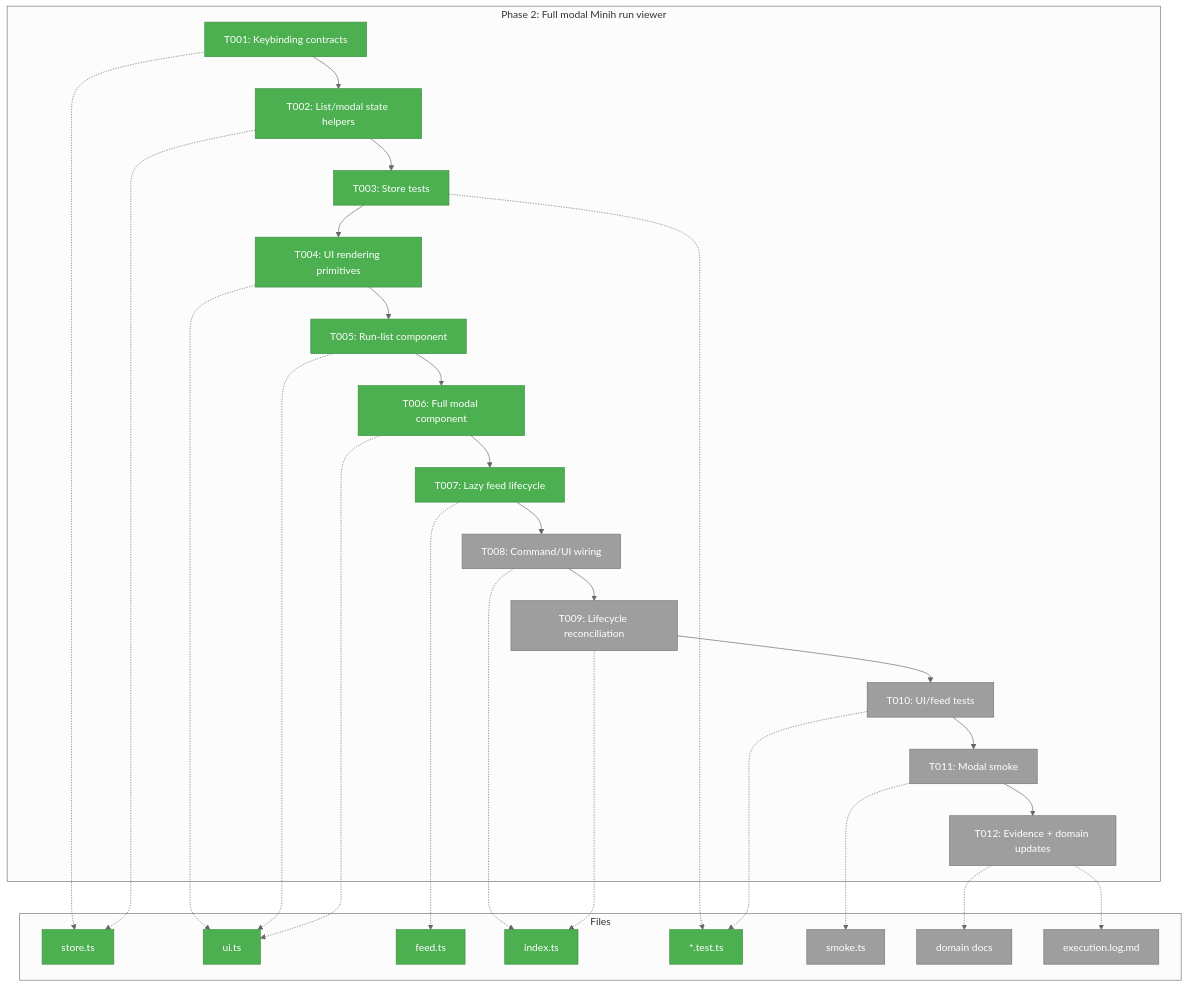
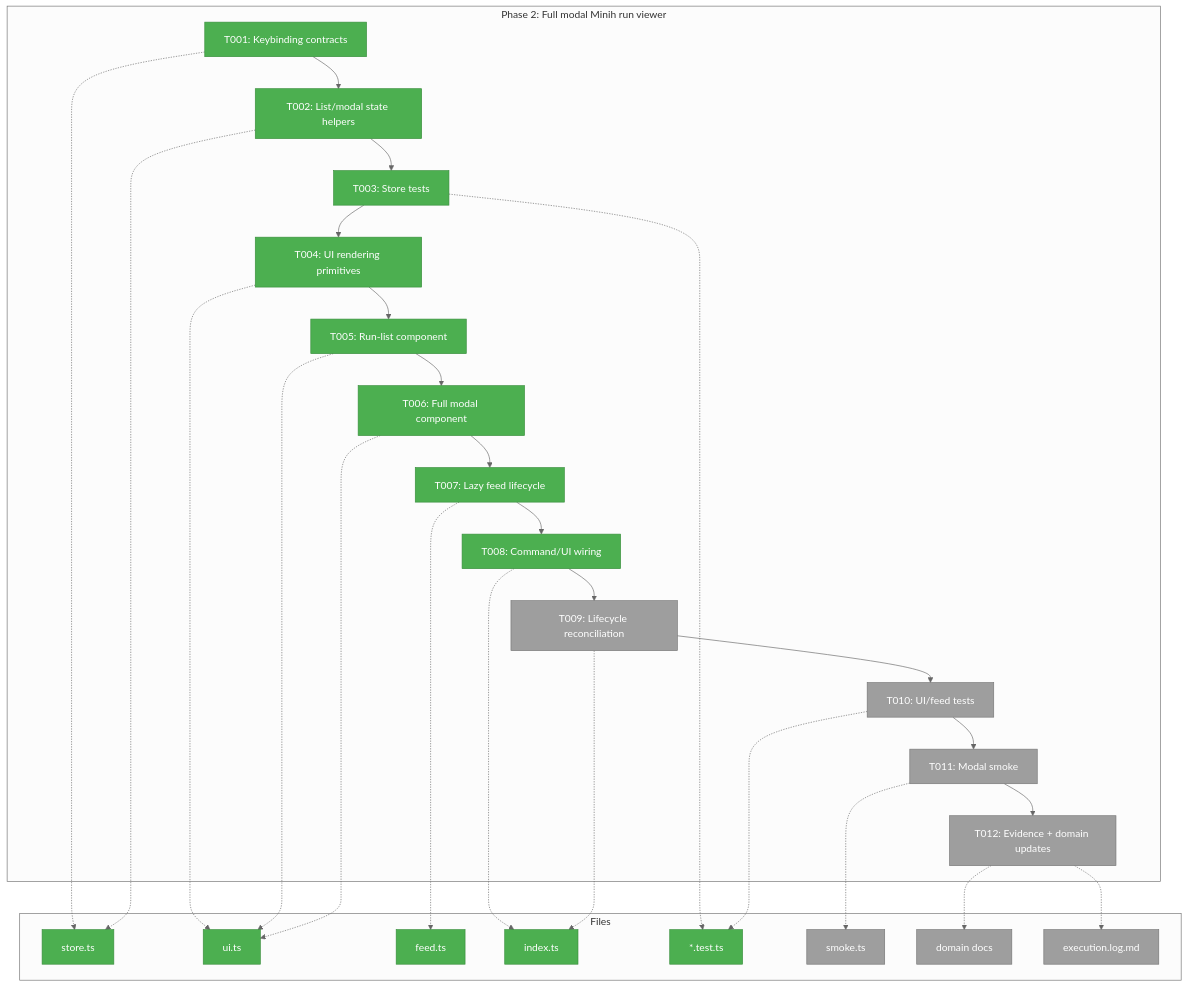
One commit to vaughanknight/pij changed the first of 3 diagrams in docs/plans/007-options-for-pi-extensions-that-do-subagents/tasks/phase-2-full-modal-minih-run-viewer/tasks.md. Above: the diagram before and after it, drawn with Mermaid (neutral theme). The commit also changed other lines of this file and 4 other files, not shown here.

````diff
--- a/docs/plans/007-options-for-pi-extensions-that-do-subagents/tasks/phase-2-full-modal-minih-run-viewer/tasks.md
+++ b/docs/plans/007-options-for-pi-extensions-that-do-subagents/tasks/phase-2-full-modal-minih-run-viewer/tasks.md
@@ -135,47 +135,47 @@
 ```mermaid
 flowchart TD
     classDef pending fill:#9E9E9E,stroke:#757575,color:#fff
     classDef inprogress fill:#FFC107,stroke:#FFA000,color:#000
     classDef completed fill:#4CAF50,stroke:#388E3C,color:#fff
 
     subgraph Phase["Phase 2: Full modal Minih run viewer"]
         T001["T001: Keybinding contracts"]:::completed
         T002["T002: List/modal state helpers"]:::completed
         T003["T003: Store tests"]:::completed
         T004["T004: UI rendering primitives"]:::completed
         T005["T005: Run-list component"]:::completed
         T006["T006: Full modal component"]:::completed
         T007["T007: Lazy feed lifecycle"]:::completed
-        T008["T008: Command/UI wiring"]:::pending
+        T008["T008: Command/UI wiring"]:::completed
         T009["T009: Lifecycle reconciliation"]:::pending
         T010["T010: UI/feed tests"]:::pending
         T011["T011: Modal smoke"]:::pending
         T012["T012: Evidence + domain updates"]:::pending
         T001 --> T002 --> T003 --> T004 --> T005 --> T006 --> T007 --> T008 --> T009 --> T010 --> T011 --> T012
     end
 
     subgraph Files["Files"]
         F1["store.ts"]:::completed
         F2["ui.ts"]:::completed
         F3["feed.ts"]:::completed
         F4["index.ts"]:::completed
         F5["*.test.ts"]:::completed
         F6["smoke.ts"]:::pending
         F7["domain docs"]:::pending
         F8["execution.log.md"]:::pending
     end
 
     T001 -.-> F1
     T002 -.-> F1
     T003 -.-> F5
     T004 -.-> F2
     T005 -.-> F2
     T006 -.-> F2
     T007 -.-> F3
     T008 -.-> F4
     T009 -.-> F4
     T010 -.-> F5
     T011 -.-> F6
     T012 -.-> F7
     T012 -.-> F8
 ```
````
